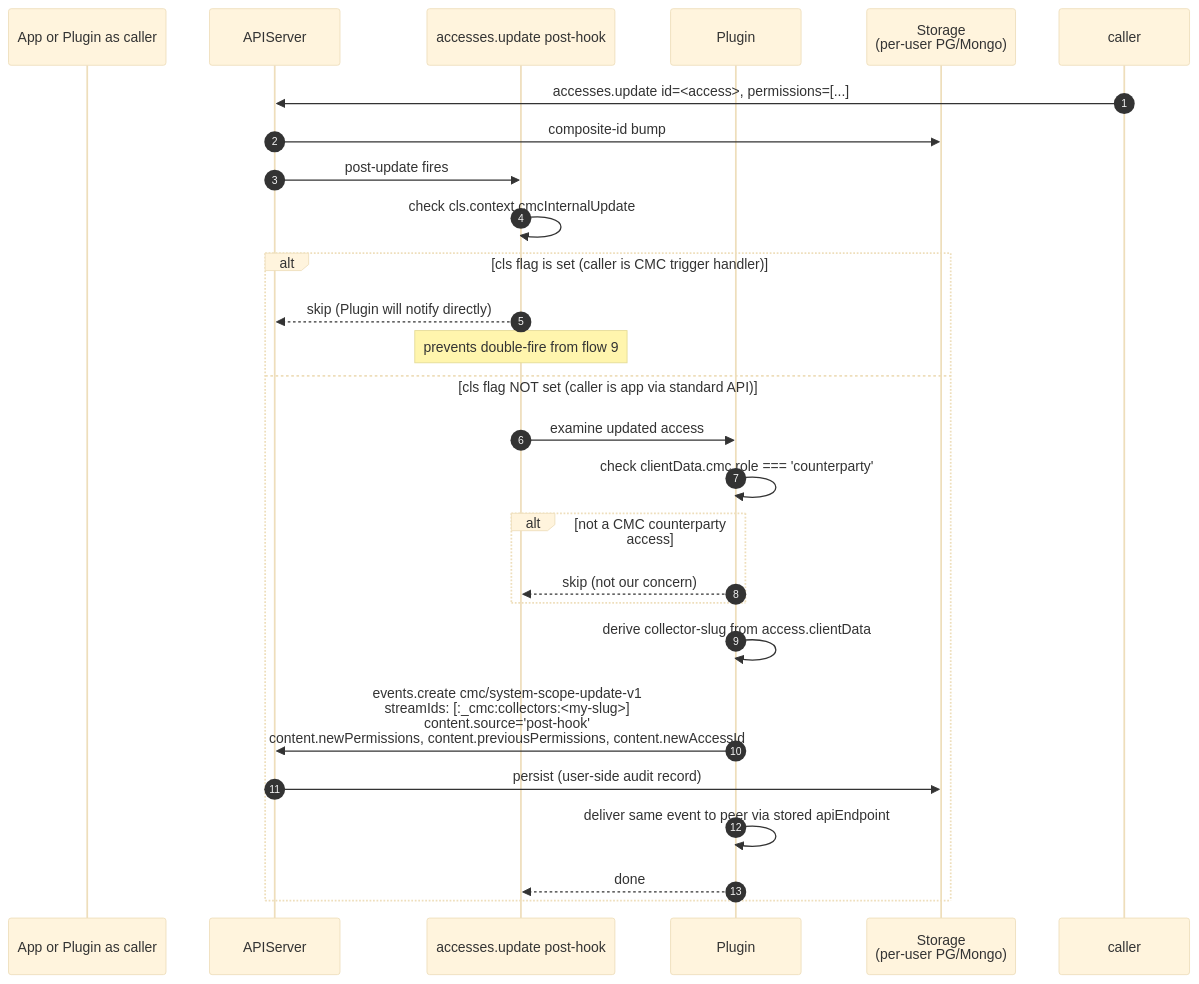
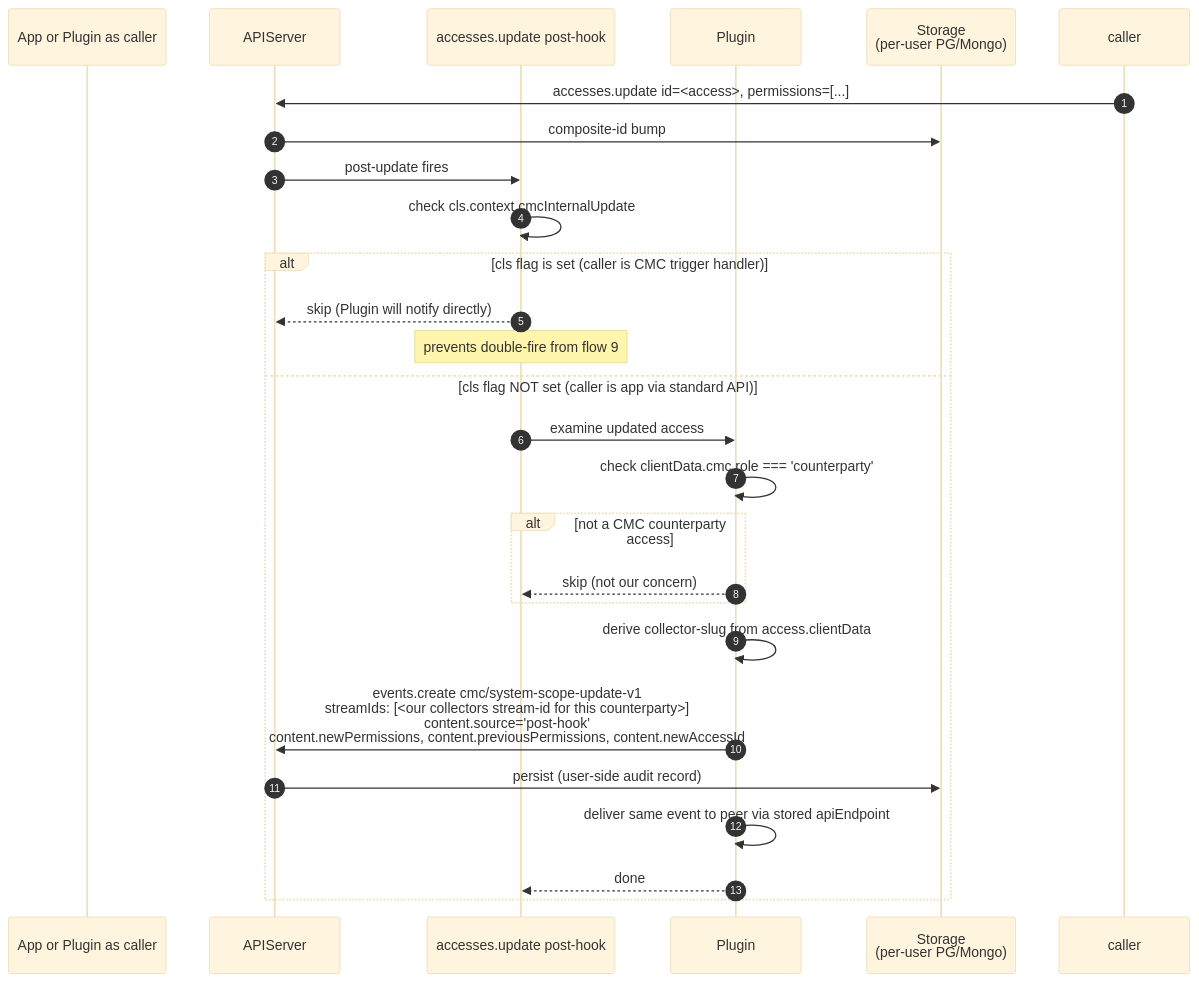
Before and after one commit to pryv/open-pryv.io: the tenth of 14 diagrams in components/cmc/INTERNALS.md, drawn with Mermaid (base theme). The commit also changed other lines of this file and 2 other files, not shown here.

````diff
--- a/components/cmc/INTERNALS.md
+++ b/components/cmc/INTERNALS.md
@@ -422,29 +418,29 @@
 ```mermaid
 sequenceDiagram
     autonumber
     participant App or Plugin as caller
     participant APIServer
     participant PostHook as accesses.update post-hook
     participant Plugin
     participant Storage as Storage<br/>(per-user PG/Mongo)
 
     caller->>APIServer: accesses.update id=<access>, permissions=[...]
     APIServer->>Storage: composite-id bump
     APIServer->>PostHook: post-update fires
     PostHook->>PostHook: check cls.context.cmcInternalUpdate
     alt cls flag is set (caller is CMC trigger handler)
         PostHook-->>APIServer: skip (Plugin will notify directly)
         Note over PostHook: prevents double-fire from flow 9
     else cls flag NOT set (caller is app via standard API)
         PostHook->>Plugin: examine updated access
         Plugin->>Plugin: check clientData.cmc.role === 'counterparty'
         alt not a CMC counterparty access
             Plugin-->>PostHook: skip (not our concern)
         end
         Plugin->>Plugin: derive collector-slug from access.clientData
-        Plugin->>APIServer: events.create cmc/system-scope-update-v1<br/>streamIds: [:_cmc:collectors:<my-slug>]<br/>content.source='post-hook'<br/>content.newPermissions, content.previousPermissions, content.newAccessId
+        Plugin->>APIServer: events.create cmc/system-scope-update-v1<br/>streamIds: [<our collectors stream-id for this counterparty>]<br/>content.source='post-hook'<br/>content.newPermissions, content.previousPermissions, content.newAccessId
         APIServer->>Storage: persist (user-side audit record)
         Plugin->>Plugin: deliver same event to peer via stored apiEndpoint
         Plugin-->>PostHook: done
     end
 ```
````
